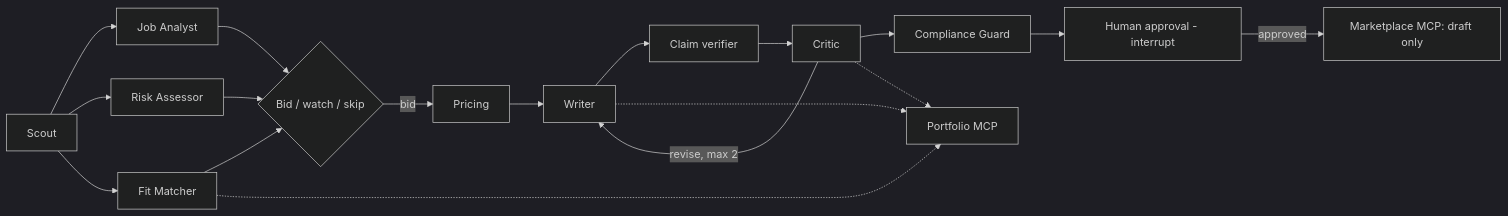
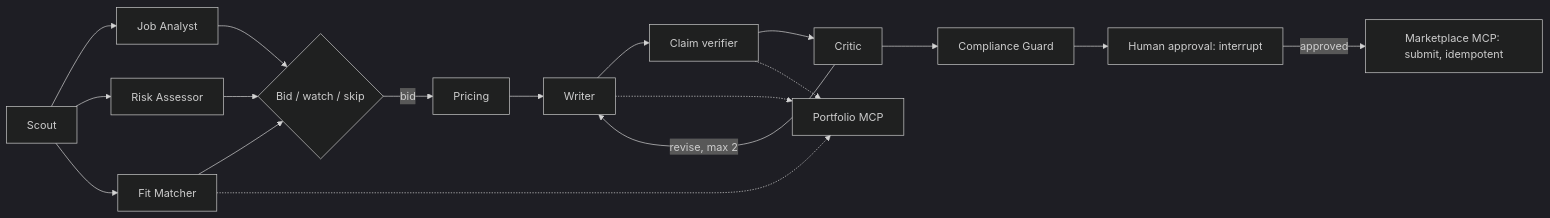
Before and after one commit to bilalabbasi14/gigbid: the diagram in README.md, drawn with Mermaid (dark theme). The commit also changed other lines of this file and 4 other files, not shown here.

````diff
--- a/README.md
+++ b/README.md
@@ -23,12 +35,10 @@
 ```mermaid
 flowchart LR
-    SCOUT[Scout] --> ANA[Job Analyst]
-    SCOUT --> RISK[Risk Assessor]
-    SCOUT --> FIT[Fit Matcher]
+    SCOUT[Scout] --> ANA[Job Analyst] & RISK[Risk Assessor] & FIT[Fit Matcher]
     ANA & RISK & FIT --> DEC{Bid / watch / skip}
     DEC -->|bid| PRICE[Pricing] --> WRITER[Writer] --> VERIFY[Claim verifier] --> CRITIC[Critic]
     CRITIC -->|revise, max 2| WRITER
-    CRITIC --> COMP[Compliance Guard] --> HUMAN[Human approval - interrupt]
-    HUMAN -->|approved| MKT[Marketplace MCP: draft only]
-    FIT & WRITER & CRITIC -.-> PORT[Portfolio MCP]
+    CRITIC --> COMP[Compliance Guard] --> HUMAN[Human approval: interrupt]
+    HUMAN -->|approved| MKT[Marketplace MCP: submit, idempotent]
+    FIT & WRITER & VERIFY -.-> PORT[Portfolio MCP]
 ```
````
